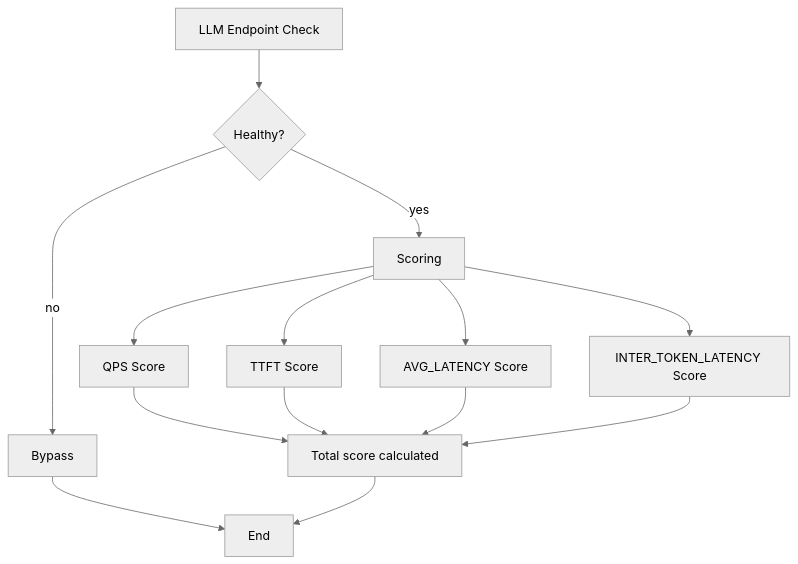
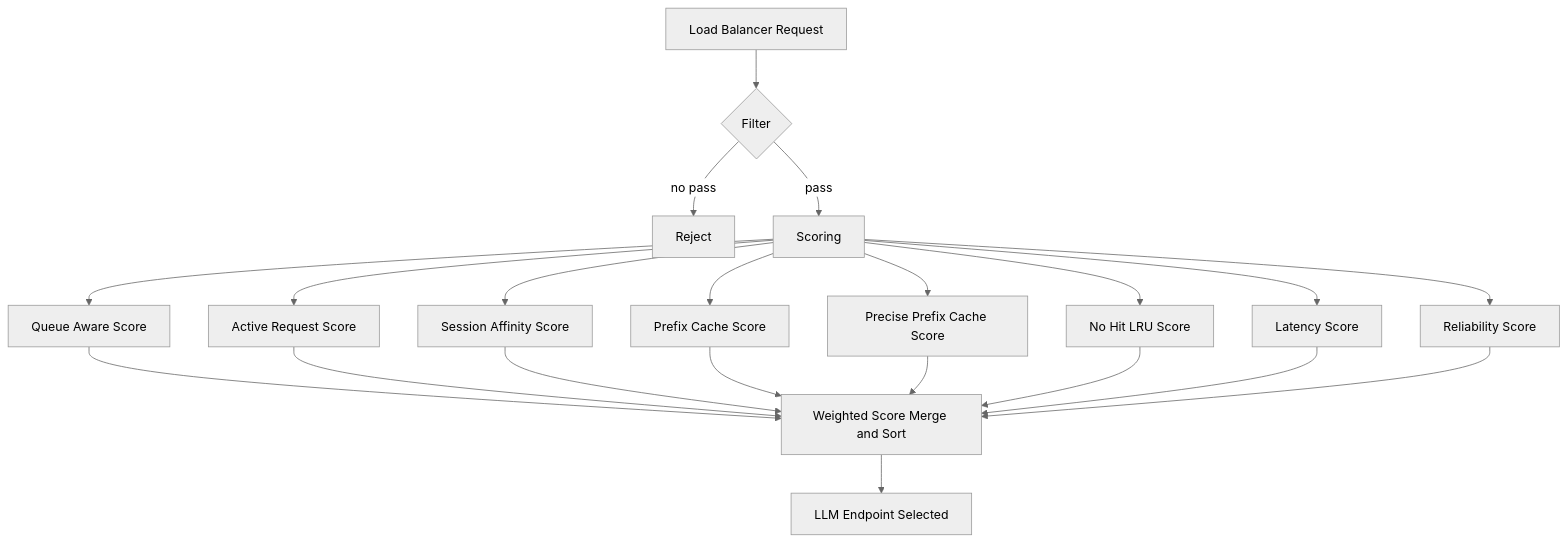
One commit to puyanguvic/semenatic_routing_and_load_balance changed the third of 4 diagrams in ase_llm_load_balancer.md. Above: the diagram before and after it, drawn with Mermaid (neutral theme). The commit also changed other lines of this file, not shown here.

````diff
--- a/ase_llm_load_balancer.md
+++ b/ase_llm_load_balancer.md
@@ -333,18 +261,27 @@
 ```mermaid
 flowchart TD
-    A[LLM Endpoint Check] --> B{Healthy?}
-    B -- no --> Bypass[Bypass]
-    B -- yes --> Scoring
+    A[Load Balancer Request] --> B{Filter}
 
-    Scoring --> S1[QPS Score]
-    Scoring --> S2[TTFT Score]
-    Scoring --> S3[AVG_LATENCY Score]
-    Scoring --> S4[INTER_TOKEN_LATENCY Score]
+    B -- no pass --> Reject[Reject]
+    B -- pass --> Scoring
 
-    S1 --> WS[Total score calculated]
+    Scoring --> S1[Queue Aware Score]
+    Scoring --> S2[Active Request Score]
+    Scoring --> S3[Session Affinity Score]
+    Scoring --> S4[Prefix Cache Score]
+    Scoring --> S5[Precise Prefix Cache Score]
+    Scoring --> S6[No Hit LRU Score]
+    Scoring --> S7[Latency Score]
+    Scoring --> S8[Reliability Score]
+
+    S1 --> WS[Weighted Score Merge and Sort]
     S2 --> WS
     S3 --> WS
     S4 --> WS
-    Bypass --> E[End]
-    WS --> E[End]
+    S5 --> WS
+    S6 --> WS
+    S7 --> WS
+    S8 --> WS
+
+    WS --> PK[LLM Endpoint Selected]
 ```
````
